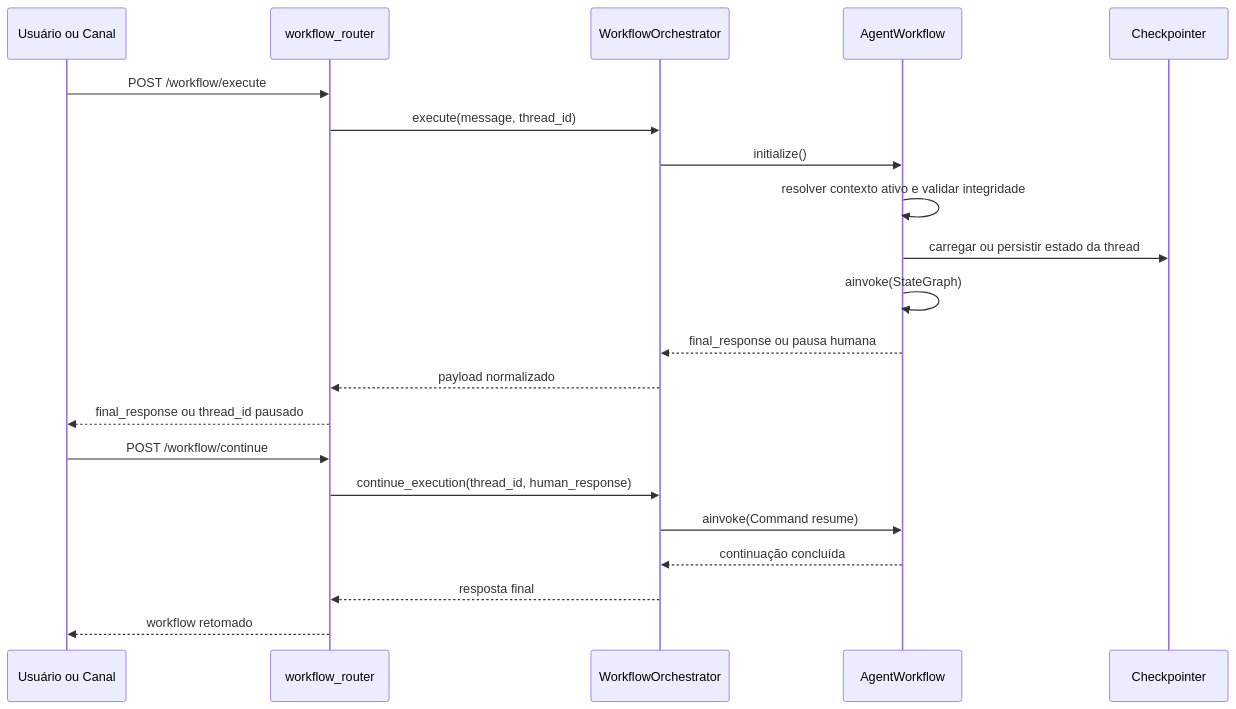
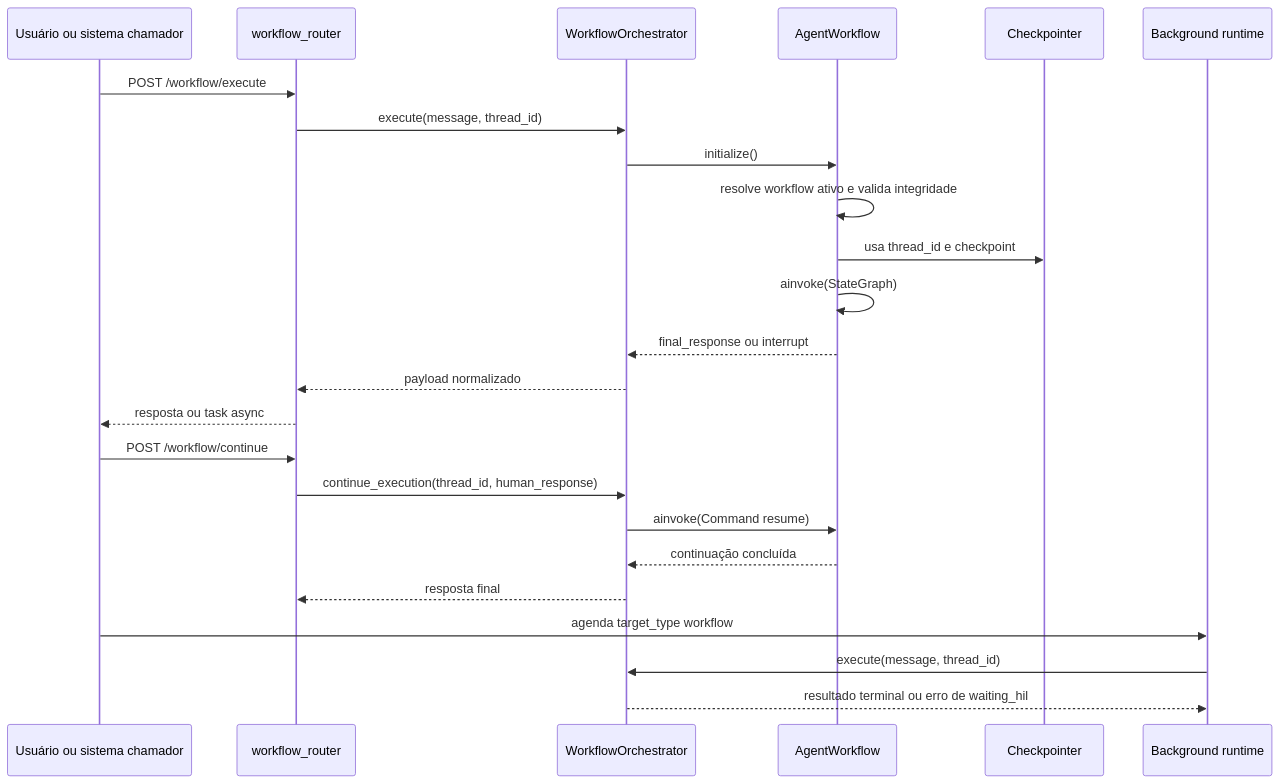
One commit to MEDIUM-FOOD/linx-food-docs changed the second of 2 diagrams in docs/README-CONCEITUAL-AGENTE-WORKFLOW-COMPLETO.md. Above: the diagram before and after it, drawn with Mermaid. The commit also changed other lines of this file and 12 other files, not shown here.

````diff
--- a/docs/README-CONCEITUAL-AGENTE-WORKFLOW-COMPLETO.md
+++ b/docs/README-CONCEITUAL-AGENTE-WORKFLOW-COMPLETO.md
@@ -271,24 +350,29 @@
 ```mermaid
 sequenceDiagram
-    participant U as Usuário ou Canal
+    participant U as Usuário ou sistema chamador
     participant API as workflow_router
     participant ORQ as WorkflowOrchestrator
     participant RT as AgentWorkflow
     participant CP as Checkpointer
+    participant BGR as Background runtime
 
     U->>API: POST /workflow/execute
     API->>ORQ: execute(message, thread_id)
     ORQ->>RT: initialize()
-    RT->>RT: resolver contexto ativo e validar integridade
-    RT->>CP: carregar ou persistir estado da thread
+    RT->>RT: resolve workflow ativo e valida integridade
+    RT->>CP: usa thread_id e checkpoint
     RT->>RT: ainvoke(StateGraph)
-    RT-->>ORQ: final_response ou pausa humana
+    RT-->>ORQ: final_response ou interrupt
     ORQ-->>API: payload normalizado
-    API-->>U: final_response ou thread_id pausado
+    API-->>U: resposta ou task async
+
     U->>API: POST /workflow/continue
     API->>ORQ: continue_execution(thread_id, human_response)
     ORQ->>RT: ainvoke(Command resume)
     RT-->>ORQ: continuação concluída
     ORQ-->>API: resposta final
-    API-->>U: workflow retomado
+
+    U->>BGR: agenda target_type workflow
+    BGR->>ORQ: execute(message, thread_id)
+    ORQ-->>BGR: resultado terminal ou erro de waiting_hil
 ```
````
